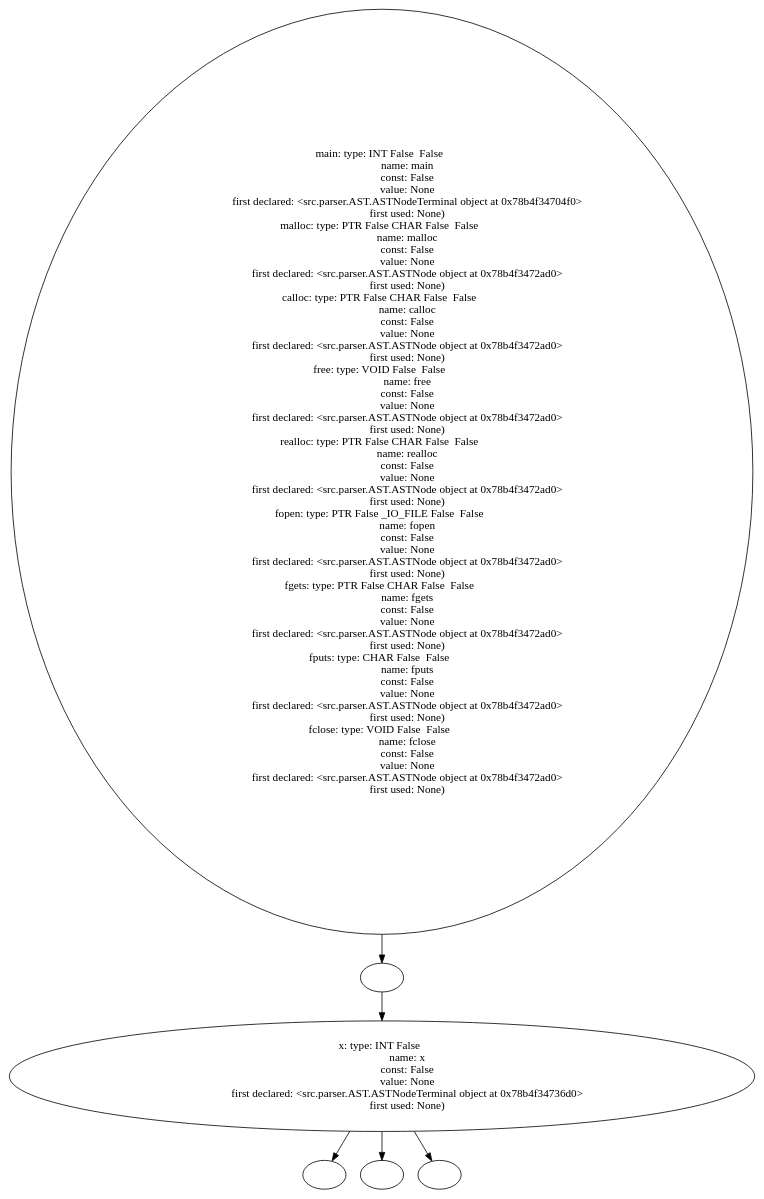
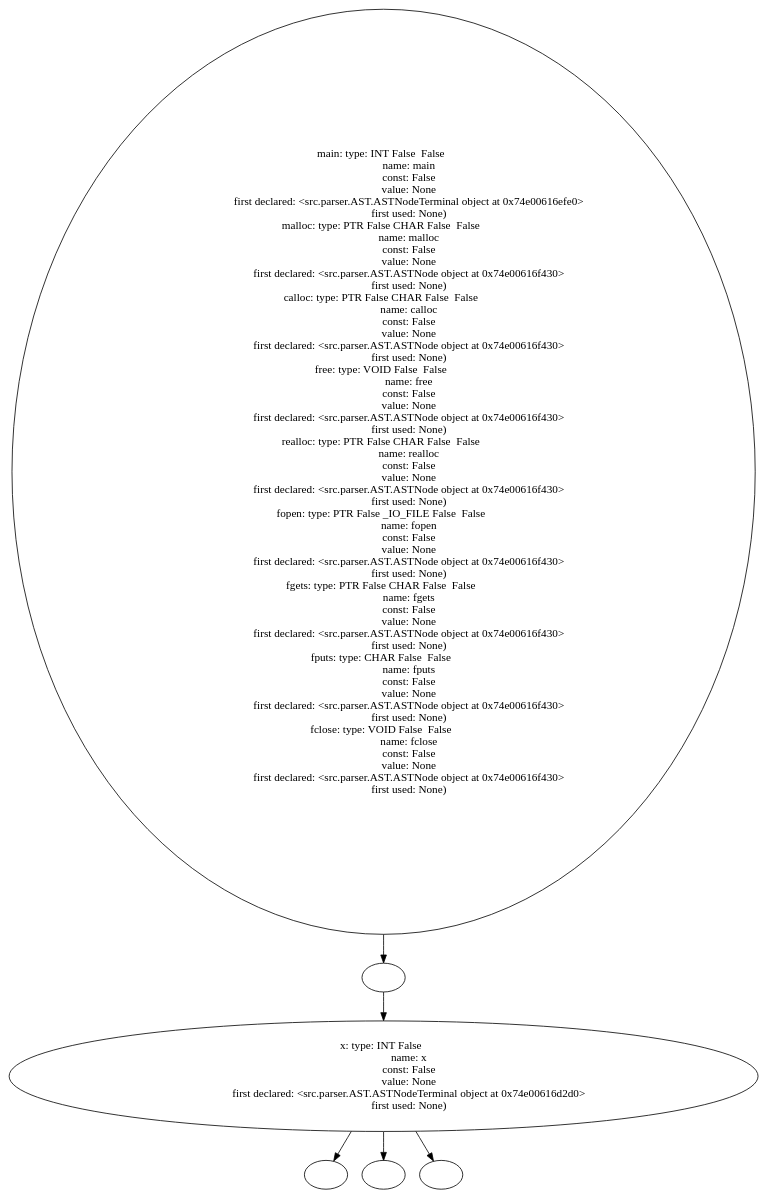
The diagram in example_source_files/49_cfg/49_cfg_table.dot (Are-you-listening/Compilers), drawn with Graphviz before and after one commit. The commit also changed 344 other files, not shown here.

```diff
--- a/example_source_files/49_cfg/49_cfg_table.dot
+++ b/example_source_files/49_cfg/49_cfg_table.dot
@@ -1,71 +1,71 @@
 digraph AST {
-  "132718570974048" [label="main: type: INT False  False  
+  "128505523654320" [label="main: type: INT False  False  
                    name: main
                    const: False
                    value: None
-                   first declared: <src.parser.AST.ASTNodeTerminal object at 0x78b4f34704f0>
+                   first declared: <src.parser.AST.ASTNodeTerminal object at 0x74e00616efe0>
                    first used: None)
 malloc: type: PTR False CHAR False  False  
                    name: malloc
                    const: False
                    value: None
-                   first declared: <src.parser.AST.ASTNode object at 0x78b4f3472ad0>
+                   first declared: <src.parser.AST.ASTNode object at 0x74e00616f430>
                    first used: None)
 calloc: type: PTR False CHAR False  False  
                    name: calloc
                    const: False
                    value: None
-                   first declared: <src.parser.AST.ASTNode object at 0x78b4f3472ad0>
+                   first declared: <src.parser.AST.ASTNode object at 0x74e00616f430>
                    first used: None)
 free: type: VOID False  False  
                    name: free
                    const: False
                    value: None
-                   first declared: <src.parser.AST.ASTNode object at 0x78b4f3472ad0>
+                   first declared: <src.parser.AST.ASTNode object at 0x74e00616f430>
                    first used: None)
 realloc: type: PTR False CHAR False  False  
                    name: realloc
                    const: False
                    value: None
-                   first declared: <src.parser.AST.ASTNode object at 0x78b4f3472ad0>
+                   first declared: <src.parser.AST.ASTNode object at 0x74e00616f430>
                    first used: None)
 fopen: type: PTR False _IO_FILE False  False  
                    name: fopen
                    const: False
                    value: None
-                   first declared: <src.parser.AST.ASTNode object at 0x78b4f3472ad0>
+                   first declared: <src.parser.AST.ASTNode object at 0x74e00616f430>
                    first used: None)
 fgets: type: PTR False CHAR False  False  
                    name: fgets
                    const: False
                    value: None
-                   first declared: <src.parser.AST.ASTNode object at 0x78b4f3472ad0>
+                   first declared: <src.parser.AST.ASTNode object at 0x74e00616f430>
                    first used: None)
 fputs: type: CHAR False  False  
                    name: fputs
                    const: False
                    value: None
-                   first declared: <src.parser.AST.ASTNode object at 0x78b4f3472ad0>
+                   first declared: <src.parser.AST.ASTNode object at 0x74e00616f430>
                    first used: None)
 fclose: type: VOID False  False  
                    name: fclose
                    const: False
                    value: None
-                   first declared: <src.parser.AST.ASTNode object at 0x78b4f3472ad0>
+                   first declared: <src.parser.AST.ASTNode object at 0x74e00616f430>
                    first used: None)"];
-  "132718570974048" -> "132718570973568";
-  "132718570973568" [label=""];
-  "132718570973568" -> "132718570972848";
-  "132718570972848" [label="x: type: INT False  
+  "128505523654320" -> "128505523661184";
+  "128505523661184" [label=""];
+  "128505523661184" -> "128505523651344";
+  "128505523651344" [label="x: type: INT False  
                    name: x
                    const: False
                    value: None
-                   first declared: <src.parser.AST.ASTNodeTerminal object at 0x78b4f34736d0>
+                   first declared: <src.parser.AST.ASTNodeTerminal object at 0x74e00616d2d0>
                    first used: None)"];
-  "132718570972848" -> "132718571072928";
-  "132718570972848" -> "132718571065488";
-  "132718570972848" -> "132718571067072";
-  "132718571072928" [label=""];
-  "132718571065488" [label=""];
-  "132718571067072" [label=""];
+  "128505523651344" -> "128505523751280";
+  "128505523651344" -> "128505523758528";
+  "128505523651344" -> "128505523752192";
+  "128505523751280" [label=""];
+  "128505523758528" [label=""];
+  "128505523752192" [label=""];
 }
```
